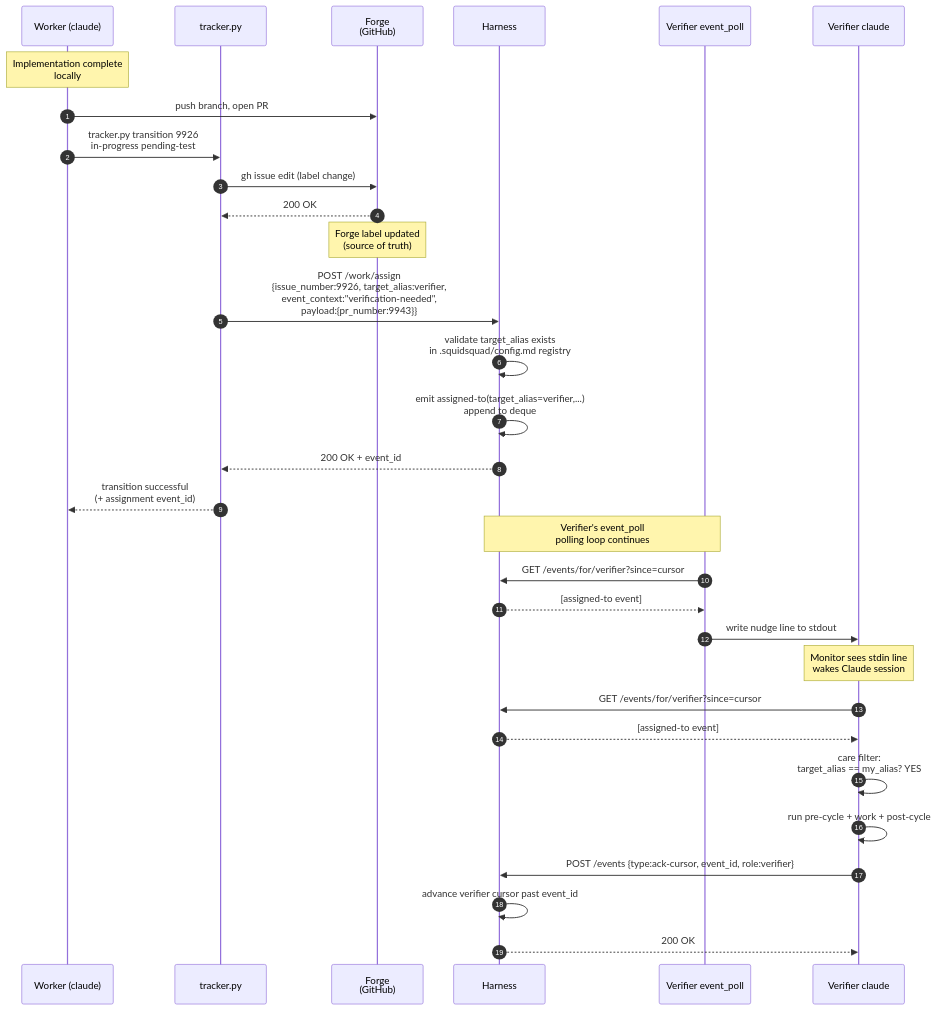
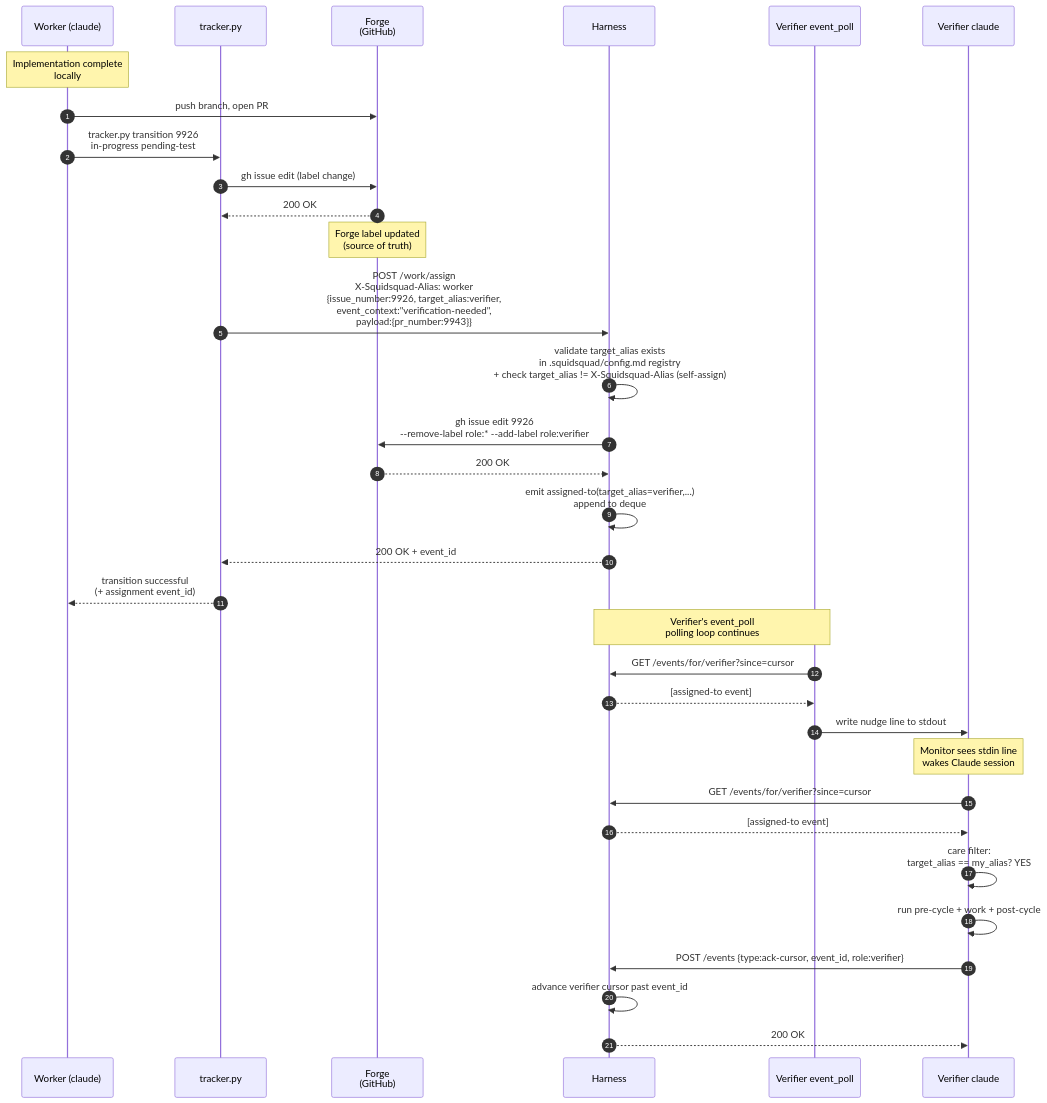
Diagram 12 of 15 in docs/AGENT-RUNTIME.md (WallyDoodlez/SquidSquad), drawn with Mermaid before and after one commit. The commit also changed other lines of this file and 4 other files, not shown here.

First line of the commit message:
docs: drop event-driven: config flag; boot-probe selects wake mode (#10382)

````diff
--- a/docs/AGENT-RUNTIME.md
+++ b/docs/AGENT-RUNTIME.md
@@ -852,38 +881,40 @@
 ```mermaid
 sequenceDiagram
     autonumber
     participant W as Worker (claude)
     participant TR as tracker.py
     participant F as Forge<br/>(GitHub)
     participant H as Harness
     participant VEP as Verifier event_poll
     participant VC as Verifier claude
 
     Note over W: Implementation complete<br/>locally
     W->>F: push branch, open PR #9943
 
     W->>TR: tracker.py transition 9926<br/>in-progress pending-test
     TR->>F: gh issue edit (label change)
     F-->>TR: 200 OK
     Note over F: Forge label updated<br/>(source of truth)
-    TR->>H: POST /work/assign<br/>{issue_number:9926, target_alias:verifier,<br/>event_context:"verification-needed",<br/>payload:{pr_number:9943}}
-    H->>H: validate target_alias exists<br/>in .squidsquad/config.md registry
+    TR->>H: POST /work/assign<br/>X-Squidsquad-Alias: worker<br/>{issue_number:9926, target_alias:verifier,<br/>event_context:"verification-needed",<br/>payload:{pr_number:9943}}
+    H->>H: validate target_alias exists<br/>in .squidsquad/config.md registry<br/>+ check target_alias != X-Squidsquad-Alias (self-assign)
+    H->>F: gh issue edit 9926<br/>--remove-label role:* --add-label role:verifier
+    F-->>H: 200 OK
     H->>H: emit assigned-to(target_alias=verifier,...)<br/>append to deque
     H-->>TR: 200 OK + event_id
     TR-->>W: transition successful<br/>(+ assignment event_id)
 
     Note over H,VEP: Verifier's event_poll<br/>polling loop continues
 
     VEP->>H: GET /events/for/verifier?since=cursor
     H-->>VEP: [assigned-to event]
     VEP->>VC: write nudge line to stdout
     Note over VC: Monitor sees stdin line<br/>wakes Claude session
 
     VC->>H: GET /events/for/verifier?since=cursor
     H-->>VC: [assigned-to event]
     VC->>VC: care filter:<br/>target_alias == my_alias? YES
     VC->>VC: run pre-cycle + work + post-cycle
     VC->>H: POST /events {type:ack-cursor, event_id, role:verifier}
     H->>H: advance verifier cursor past event_id
     H-->>VC: 200 OK
 ```
````
